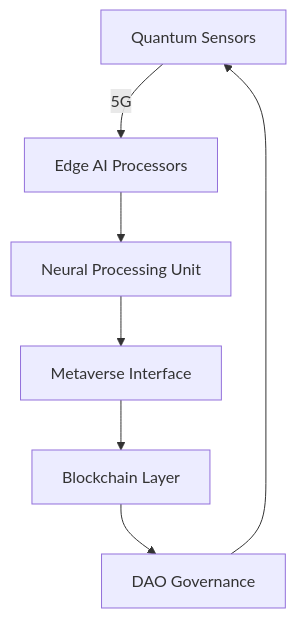
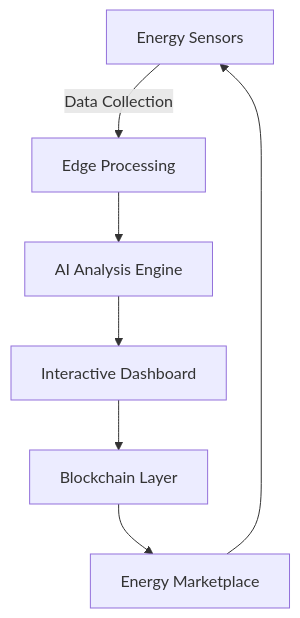
Before and after one commit to shkshreyas/SustainLabs: the diagram in README.md, drawn with Mermaid. The commit also changed other lines of this file and 72 other files, not shown here.

````diff
--- a/README.md
+++ b/README.md
@@ -49,9 +52,9 @@
 ```mermaid
 graph TD
-  A[Quantum Sensors] -->|5G| B[Edge AI Processors]
-  B --> C[Neural Processing Unit]
-  C --> D[Metaverse Interface]
+  A[Energy Sensors] -->|Data Collection| B[Edge Processing]
+  B --> C[AI Analysis Engine]
+  C --> D[Interactive Dashboard]
   D --> E[Blockchain Layer]
-  E --> F[DAO Governance]
+  E --> F[Energy Marketplace]
   F --> A
 ```
````
